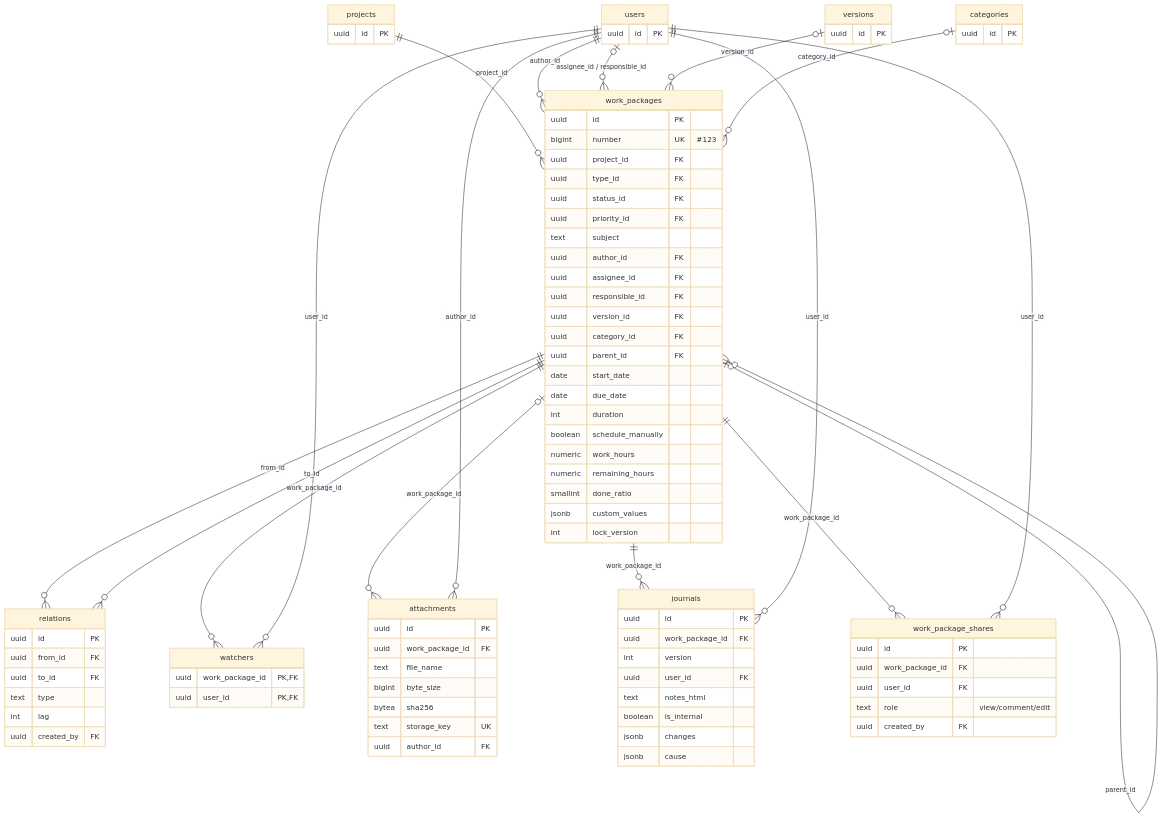
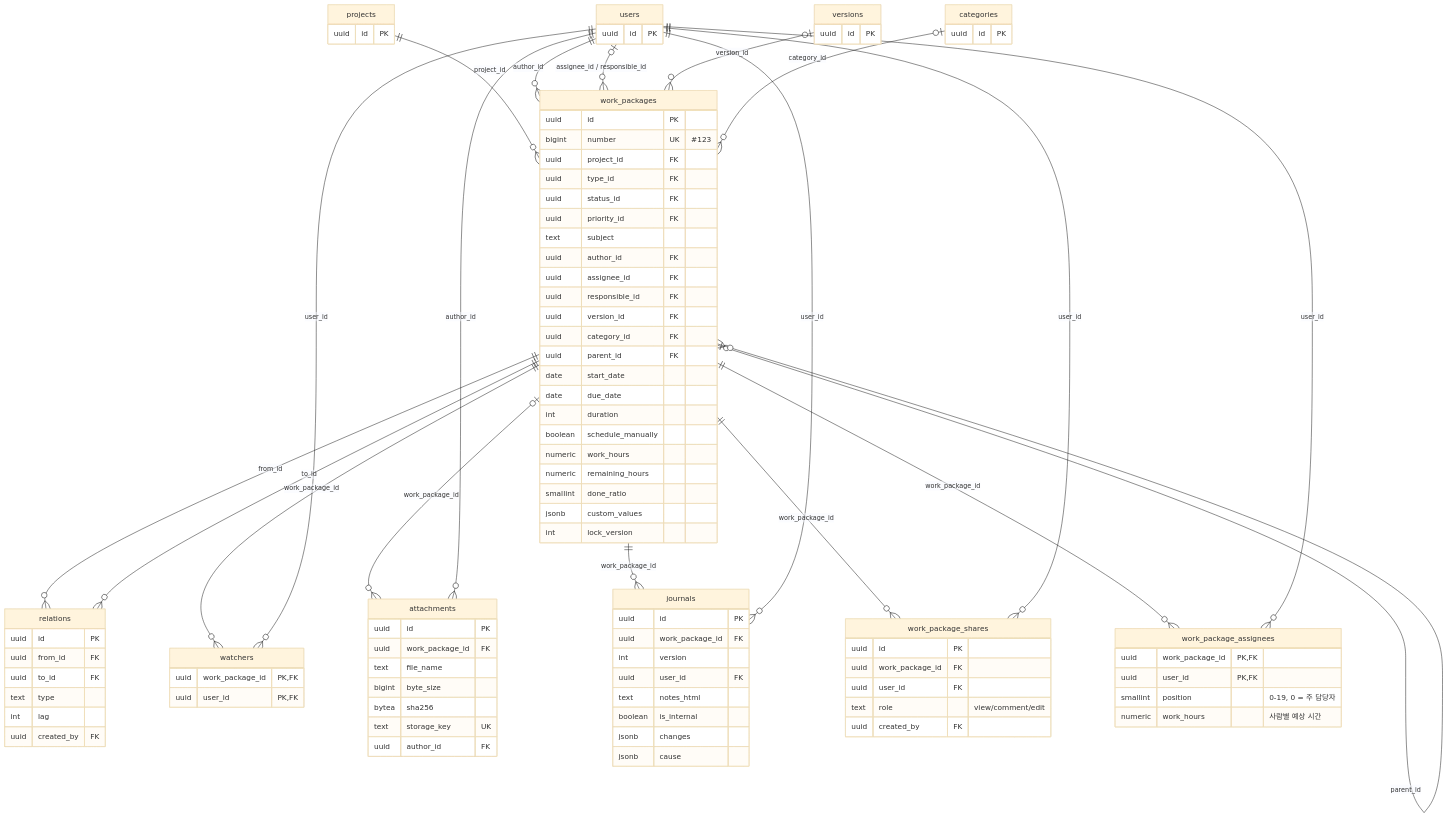
One commit to outlet13f/openPMS changed the fourth of 10 diagrams in docs/deliverables/05-데이터베이스설계서.md. Above: the diagram before and after it, drawn with Mermaid (base theme). The commit also changed other lines of this file and 16 other files, not shown here.

Commit message:
docs: deliverables v2.1 (공동 담당자: data model, API, screens, user manual 5.15, upgrade 6.10 V18), tests 104/133+1

````diff
--- a/docs/deliverables/05-데이터베이스설계서.md
+++ b/docs/deliverables/05-데이터베이스설계서.md
@@ -460,6 +463,12 @@
         text role "view/comment/edit"
         uuid created_by FK
     }
+    work_package_assignees {
+        uuid work_package_id PK, FK
+        uuid user_id PK, FK
+        smallint position "0-19, 0 = 주 담당자"
+        numeric work_hours "사람별 예상 시간"
+    }
     projects {
         uuid id PK
     }
@@ -488,4 +497,6 @@
     users ||--o{ journals : "user_id"
     work_packages ||--o{ work_package_shares : "work_package_id"
     users ||--o{ work_package_shares : "user_id"
+    work_packages ||--o{ work_package_assignees : "work_package_id"
+    users ||--o{ work_package_assignees : "user_id"
 ```
````
